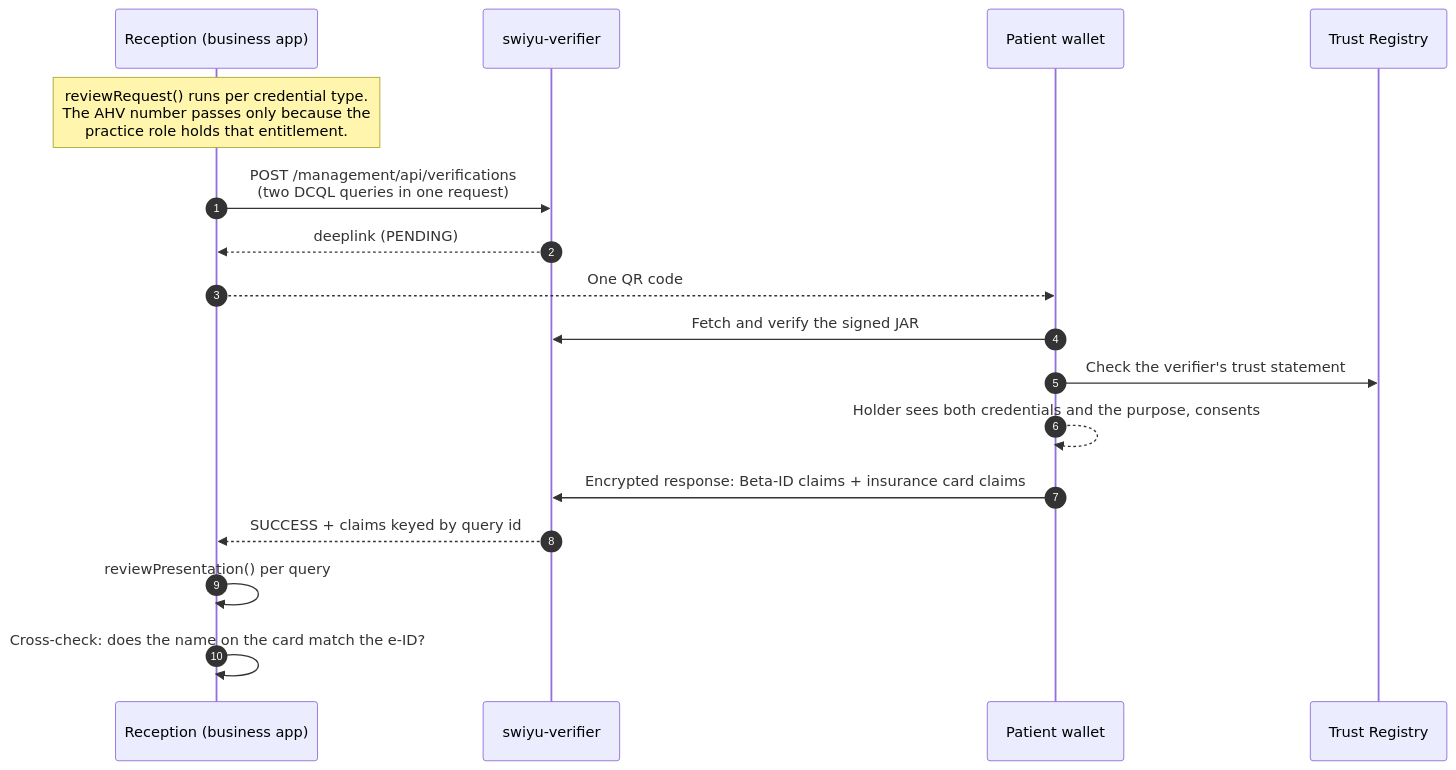
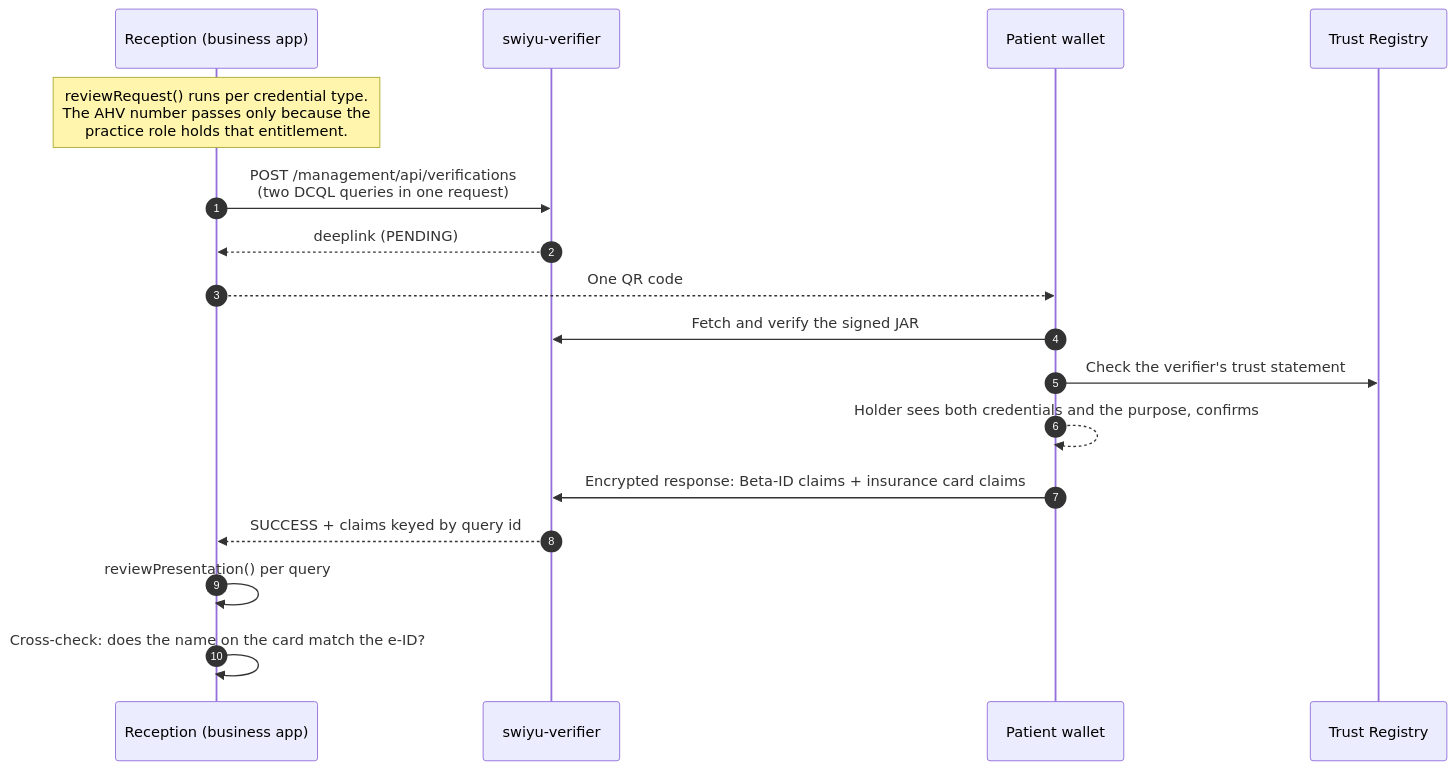
The diagram in flows/F-04-practice-check-in.md (Accelerate-GmbH/digital-health-swiyu-vaccination), drawn with Mermaid before and after one commit. The commit also changed other lines of this file and 14 other files, not shown here.

````diff
--- a/flows/F-04-practice-check-in.md
+++ b/flows/F-04-practice-check-in.md
@@ -55,20 +55,20 @@
 ```mermaid
 sequenceDiagram
     autonumber
     participant R as Reception (business app)
     participant GV as swiyu-verifier
     participant W as Patient wallet
     participant TR as Trust Registry
 
     Note over R: reviewRequest() runs per credential type.<br/>The AHV number passes only because the<br/>practice role holds that entitlement.
     R->>GV: POST /management/api/verifications<br/>(two DCQL queries in one request)
     GV-->>R: deeplink (PENDING)
     R-->>W: One QR code
     W->>GV: Fetch and verify the signed JAR
     W->>TR: Check the verifier's trust statement
-    W-->>W: Holder sees both credentials and the purpose, consents
+    W-->>W: Holder sees both credentials and the purpose, confirms
     W->>GV: Encrypted response: Beta-ID claims + insurance card claims
     GV-->>R: SUCCESS + claims keyed by query id
     R->>R: reviewPresentation() per query
     R->>R: Cross-check: does the name on the card match the e-ID?
 ```
````
